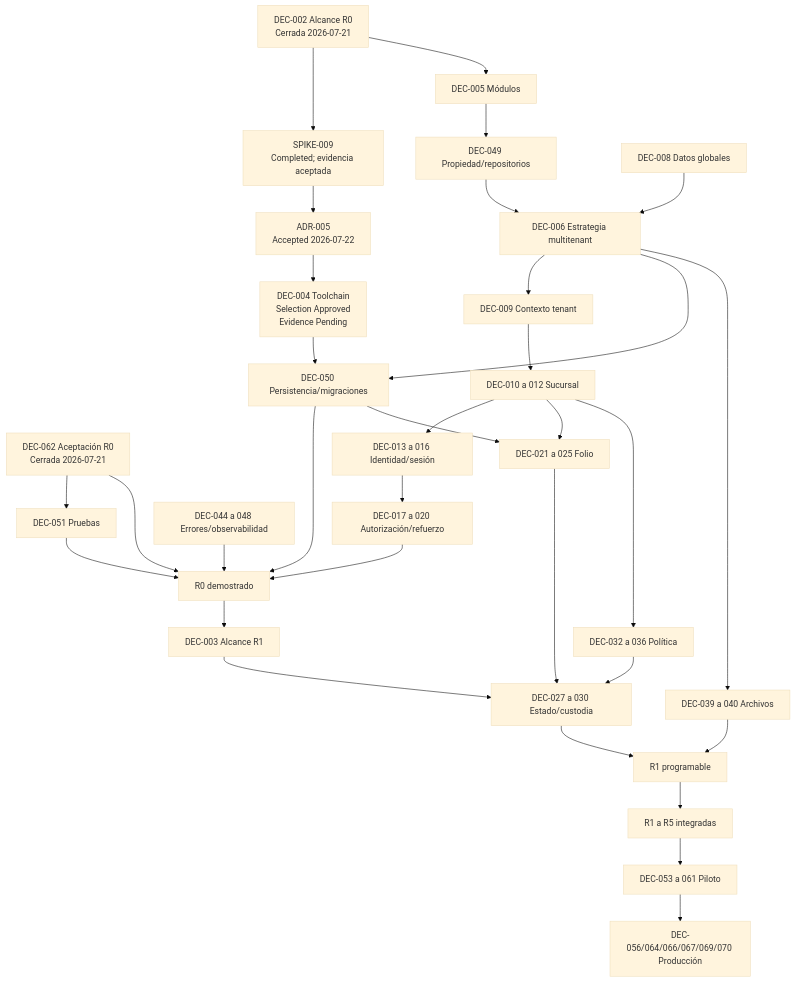
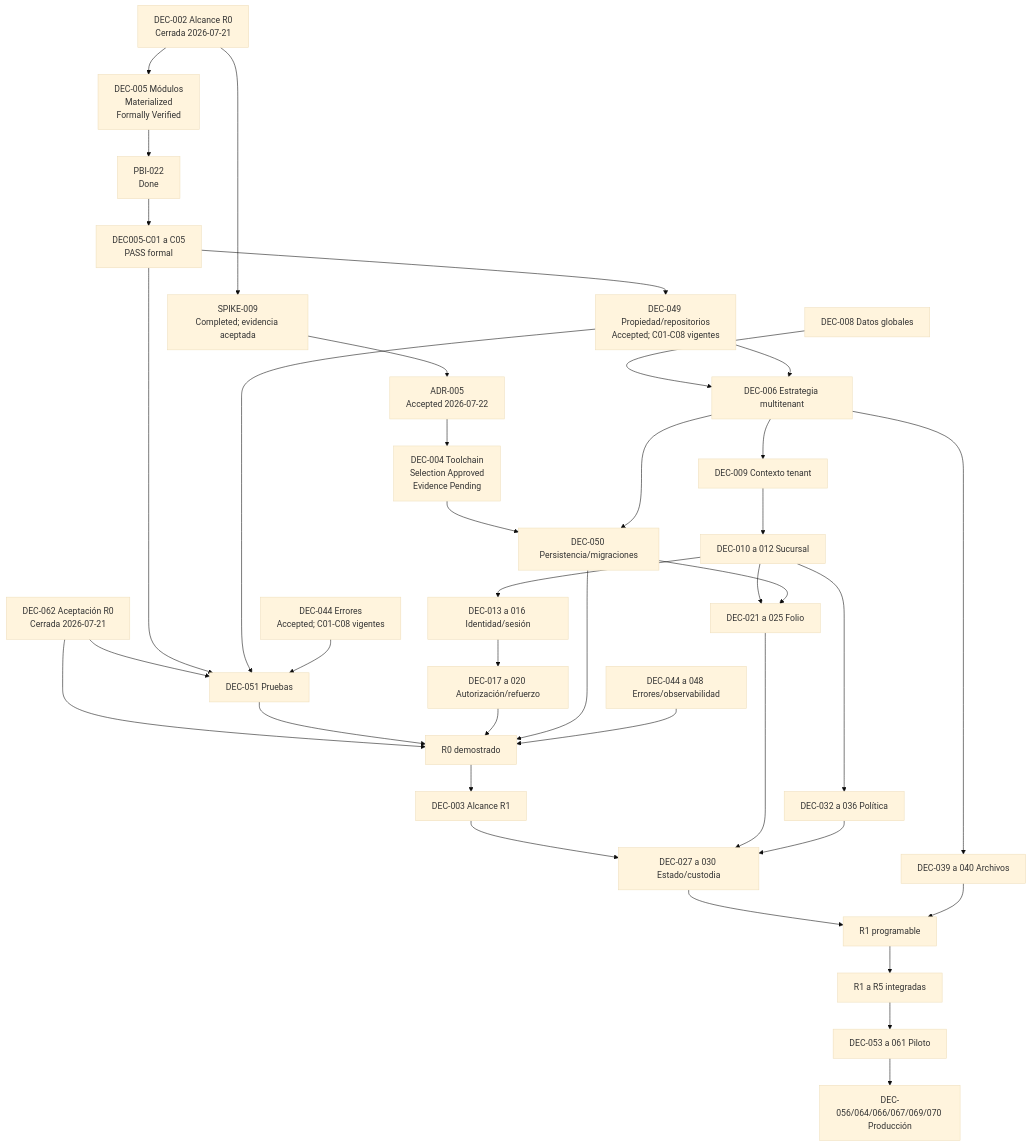
Before and after one commit to luisgtzaviles/SrTaller-2.0: the diagram in docs/architecture-readiness/blocker-closure/DEPENDENCIAS_ENTRE_DECISIONES.md, drawn with Mermaid (base theme). The commit also changed other lines of this file and 111 other files, not shown here.

Commit message:
chore: consolidate Sprint 00 architecture and verification gates

````diff
--- a/docs/architecture-readiness/blocker-closure/DEPENDENCIAS_ENTRE_DECISIONES.md
+++ b/docs/architecture-readiness/blocker-closure/DEPENDENCIAS_ENTRE_DECISIONES.md
@@ -5,39 +5,44 @@
 ```mermaid
 flowchart TD
     SCOPE[DEC-002 Alcance R0<br/>Cerrada 2026-07-21] --> SPIKE9[SPIKE-009<br/>Completed; evidencia aceptada]
     SPIKE9 --> ADR5[ADR-005<br/>Accepted 2026-07-22]
     ADR5 --> STACK[DEC-004 Toolchain<br/>Selection Approved<br/>Evidence Pending]
-    SCOPE --> MODULES[DEC-005 Módulos]
-    ACCEPT[DEC-062 Aceptación R0<br/>Cerrada 2026-07-21] --> TEST[DEC-051 Pruebas]
+    SCOPE --> MODULES[DEC-005 Módulos<br/>Materialized<br/>Formally Verified]
+    MODULES --> PBI22[PBI-022<br/>Done]
+    PBI22 --> D5E[DEC005-C01 a C05<br/>PASS formal]
+    ACCEPT[DEC-062 Aceptación R0<br/>Cerrada 2026-07-21] --> TEST[DEC-051 Accepted<br/>C01-C10 Pending]
     ACCEPT --> R0
     STACK --> DATA[DEC-050 Persistencia/migraciones]
-    MODULES --> OWN[DEC-049 Propiedad/repositorios]
+    D5E --> OWN[DEC-049 Propiedad/repositorios<br/>Accepted; C01-C08 vigentes]
+    D5E --> TEST
+    OWN --> TEST
+    ERR[DEC-044 Errores<br/>Accepted; C01-C08 vigentes] --> TEST
 
     GLOBAL[DEC-008 Datos globales] --> MT[DEC-006 Estrategia multitenant]
     OWN --> MT
     MT --> TC[DEC-009 Contexto tenant]
     TC --> BR[DEC-010 a 012 Sucursal]
     BR --> ID[DEC-013 a 016 Identidad/sesión]
     ID --> AUTH[DEC-017 a 020 Autorización/refuerzo]
     MT --> DATA
 
     TEST[DEC-051 Pruebas] --> R0[R0 demostrado]
     AUTH --> R0
     DATA --> R0
     OBS[DEC-044 a 048 Errores/observabilidad] --> R0
 
     R0 --> R1S[DEC-003 Alcance R1]
     BR --> FOLIO[DEC-021 a 025 Folio]
     DATA --> FOLIO
     R1S --> CUST[DEC-027 a 030 Estado/custodia]
     FOLIO --> CUST
     BR --> POLICY[DEC-032 a 036 Política]
     POLICY --> CUST
     MT --> FILES[DEC-039 a 040 Archivos]
     CUST --> R1[R1 programable]
     FILES --> R1
 
     R1 --> MVP[R1 a R5 integradas]
     MVP --> PILOT[DEC-053 a 061 Piloto]
     PILOT --> PROD[DEC-056/064/066/067/069/070 Producción]
 ```
````
